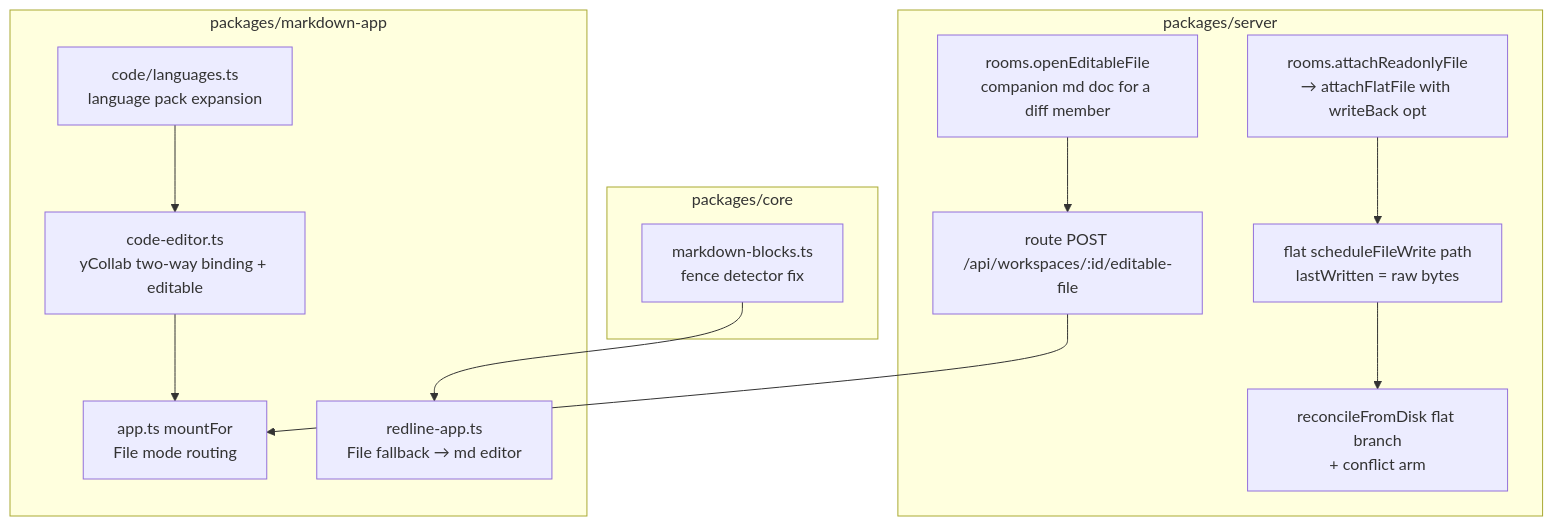
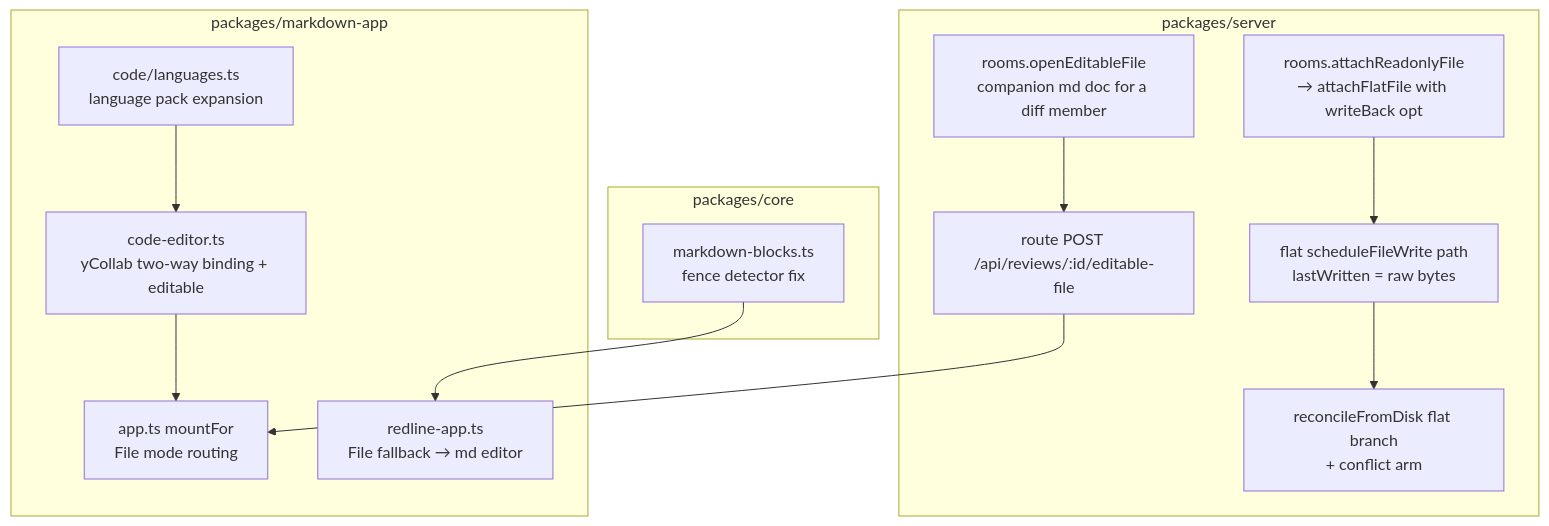
Before and after one commit to fryanpan/claude-live-feedback-plugin: the second of 2 diagrams in docs/product/plans/diff-review-editors-plan.md, drawn with Mermaid. The commit also changed 232 other files, not shown here.

````diff
--- a/docs/product/plans/diff-review-editors-plan.md
+++ b/docs/product/plans/diff-review-editors-plan.md
@@ -87,24 +87,24 @@
 ```mermaid
 flowchart TD
   subgraph packages/core
     MB[markdown-blocks.ts\nfence detector fix]
   end
   subgraph packages/server
     RO[rooms.attachReadonlyFile\n→ attachFlatFile with writeBack opt]
     RW[flat scheduleFileWrite path\nlastWritten = raw bytes]
     RC[reconcileFromDisk flat branch\n+ conflict arm]
     OE[rooms.openEditableFile\ncompanion md doc for a diff member]
-    RT[route POST /api/workspaces/:id/editable-file]
+    RT[route POST /api/reviews/:id/editable-file]
   end
   subgraph packages/markdown-app
     MF[app.ts mountFor\nFile mode routing]
     CE[code-editor.ts\nyCollab two-way binding + editable]
     LG[code/languages.ts\nlanguage pack expansion]
     RA[redline-app.ts\nFile fallback → md editor]
   end
   MB --> RA
   OE --> RT --> MF
   RO --> RW --> RC
   CE --> MF
   LG --> CE
 ```
````
